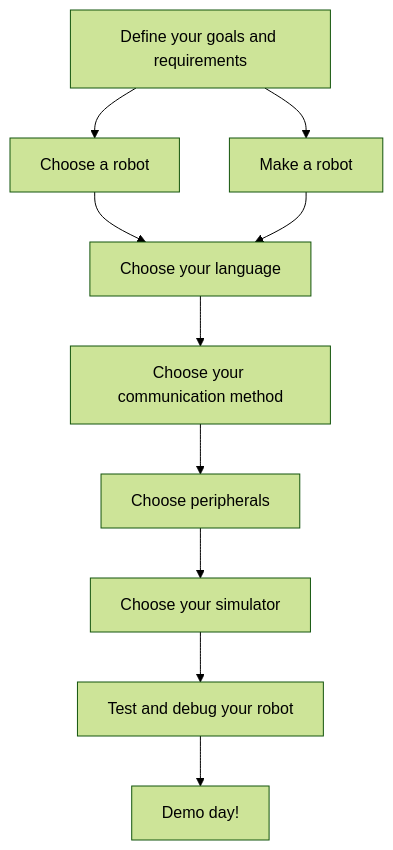
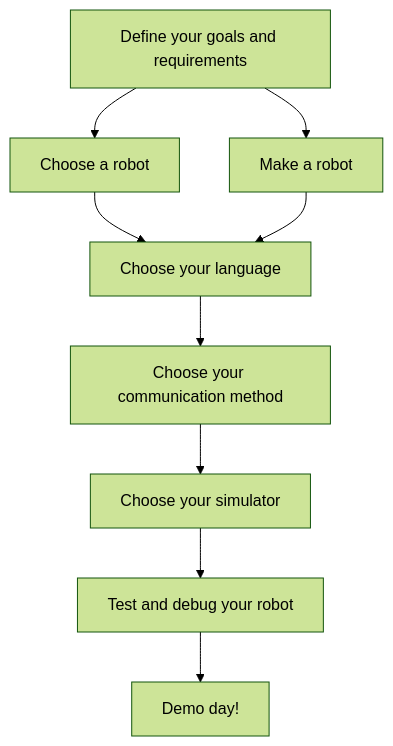
The second of 2 diagrams in wiki/robotics-project-guide/master-guide.md (RoboticsKnowledgebase/roboticsknowledgebase.github.io), drawn with Mermaid (forest theme) before and after one commit. The commit also changed other lines of this file and 10 other files, not shown here.

````diff
--- a/wiki/robotics-project-guide/master-guide.md
+++ b/wiki/robotics-project-guide/master-guide.md
@@ -40,20 +40,19 @@
 ```mermaid
 flowchart TD;
     A[Define your goals and requirements] --> B[Choose a robot];
     A --> I[Make a robot];
     B --> C[Choose your language];
     I --> C
     C --> D[Choose your communication method];
-    D --> E[Choose peripherals];
-    E --> F[Choose your simulator];
-    F --> G[Test and debug your robot];
-    G --> H[Demo day!];
+    D --> E[Choose your simulator];
+    E --> F[Test and debug your robot];
+    F --> G[Demo day!];
 
     click A href "/wiki/robotics-project-guide/define-your-goals-and-requirements/"
     click B href "/wiki/robotics-project-guide/choose-a-robot/"
     click I href "/wiki/robotics-project-guide/make-a-robot/"
     click C href "/wiki/robotics-project-guide/choose-a-language/"
     click D href "/wiki/robotics-project-guide/choose-comm/"
-    click E href "/wiki/robotics-project-guide/choose-peripherals/"
-    click F href "/wiki/robotics-project-guide/choose-a-sim/"
+    click F href "/wiki/robotics-project-guide/test-and-debug/"
+    click G href "/wiki/robotics-project-guide/demo-day/"
 ```
````
